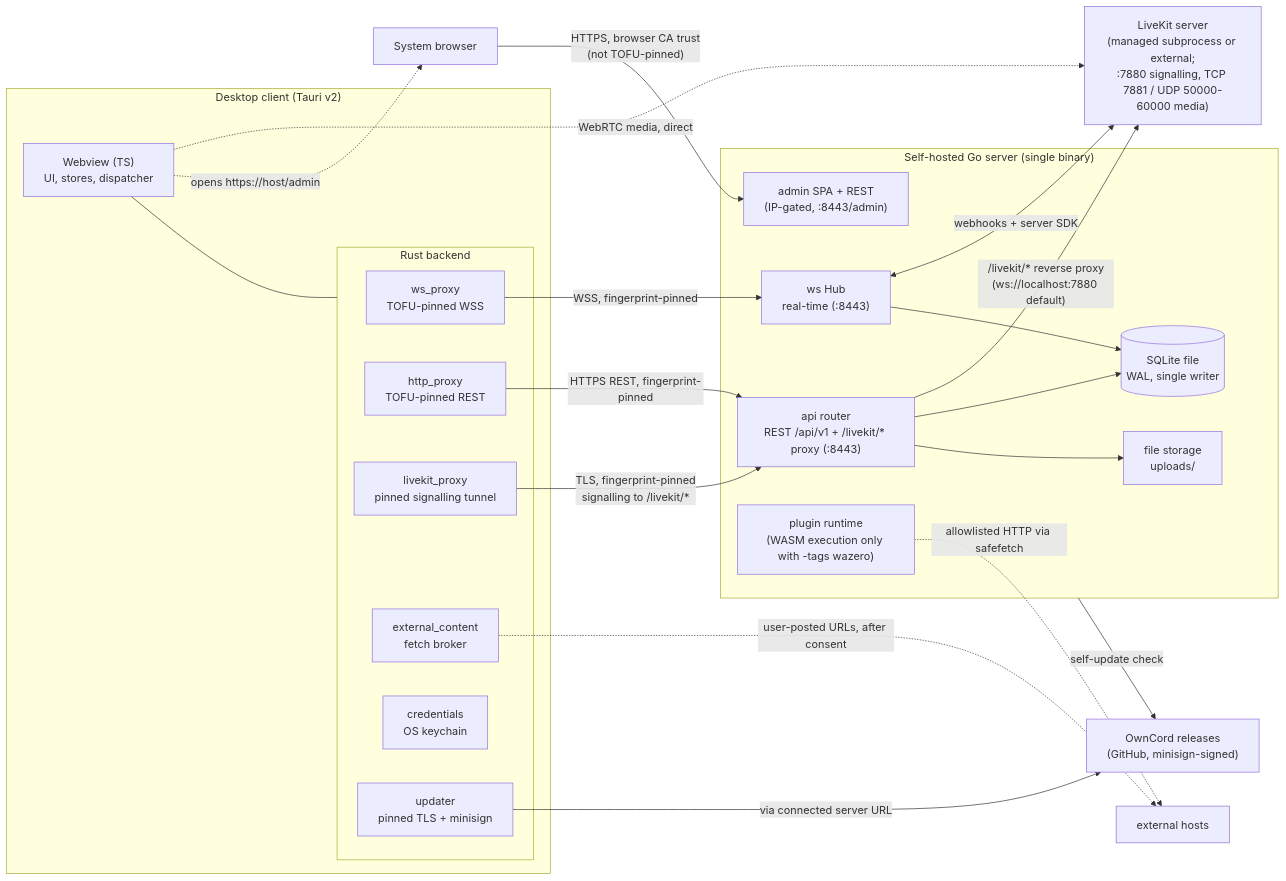
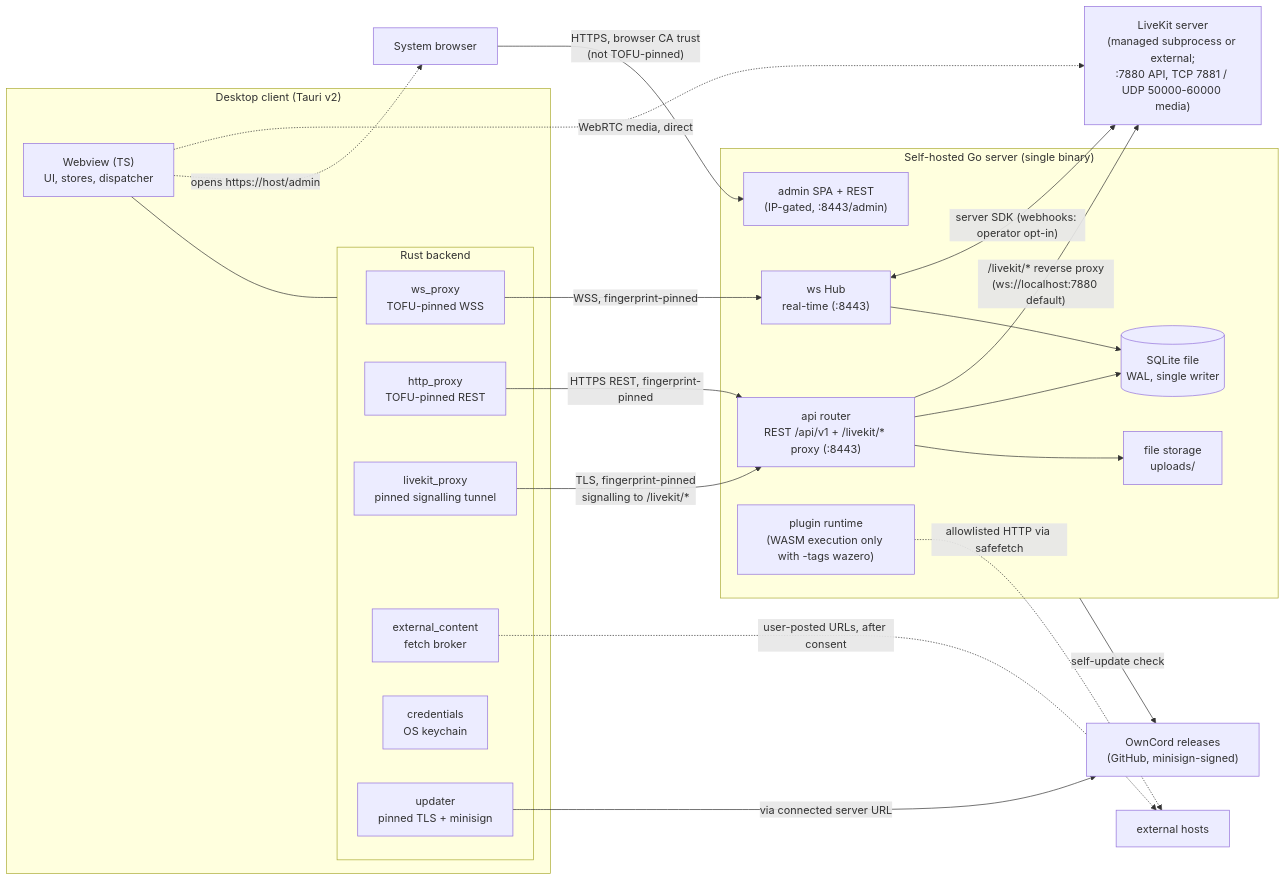
The first of 4 diagrams in ARCHITECTURE.md (J3vb/OwnCord), drawn with Mermaid before and after one commit. The commit also changed other lines of this file and 39 other files, not shown here.

````diff
--- a/ARCHITECTURE.md
+++ b/ARCHITECTURE.md
@@ -9,45 +9,45 @@
 ```mermaid
 flowchart LR
     subgraph desktop ["Desktop client (Tauri v2)"]
         WV["Webview (TS)<br/>UI, stores, dispatcher"]
         subgraph native ["Rust backend"]
             WSP["ws_proxy<br/>TOFU-pinned WSS"]
             HTP["http_proxy<br/>TOFU-pinned REST"]
             LKP["livekit_proxy<br/>pinned signalling tunnel"]
             EXT["external_content<br/>fetch broker"]
             CRD["credentials<br/>OS keychain"]
             UPD["updater<br/>pinned TLS + minisign"]
         end
         WV --- native
     end
 
     subgraph server ["Self-hosted Go server (single binary)"]
         RTR["api router<br/>REST /api/v1 + /livekit/* proxy (:8443)"]
         HUB["ws Hub<br/>real-time (:8443)"]
         ADM["admin SPA + REST<br/>(IP-gated, :8443/admin)"]
         PLG["plugin runtime<br/>(WASM execution only with -tags wazero)"]
         DBF[("SQLite file<br/>WAL, single writer")]
         UPS["file storage<br/>uploads/"]
     end
 
-    LK["LiveKit server<br/>(managed subprocess or external;<br/>:7880 signalling, TCP 7881 / UDP 50000-60000 media)"]
+    LK["LiveKit server<br/>(managed subprocess or external;<br/>:7880 API, TCP 7881 / UDP 50000-60000 media)"]
     REL["OwnCord releases<br/>(GitHub, minisign-signed)"]
     BR["System browser"]
     NET["external hosts"]
 
     HTP -->|"HTTPS REST, fingerprint-pinned"| RTR
     WSP -->|"WSS, fingerprint-pinned"| HUB
     LKP -->|"TLS, fingerprint-pinned<br/>signalling to /livekit/*"| RTR
     RTR -->|"/livekit/* reverse proxy<br/>(ws://localhost:7880 default)"| LK
     WV -.->|"WebRTC media, direct"| LK
     WV -.->|"opens https://host/admin"| BR
     BR -->|"HTTPS, browser CA trust<br/>(not TOFU-pinned)"| ADM
-    HUB <-->|"webhooks + server SDK"| LK
+    HUB <-->|"server SDK (webhooks: operator opt-in)"| LK
     RTR --> DBF
     HUB --> DBF
     RTR --> UPS
     EXT -.->|"user-posted URLs, after consent"| NET
     PLG -.->|"allowlisted HTTP via safefetch"| NET
     UPD -->|"via connected server URL"| REL
     server -->|"self-update check"| REL
 ```
````
